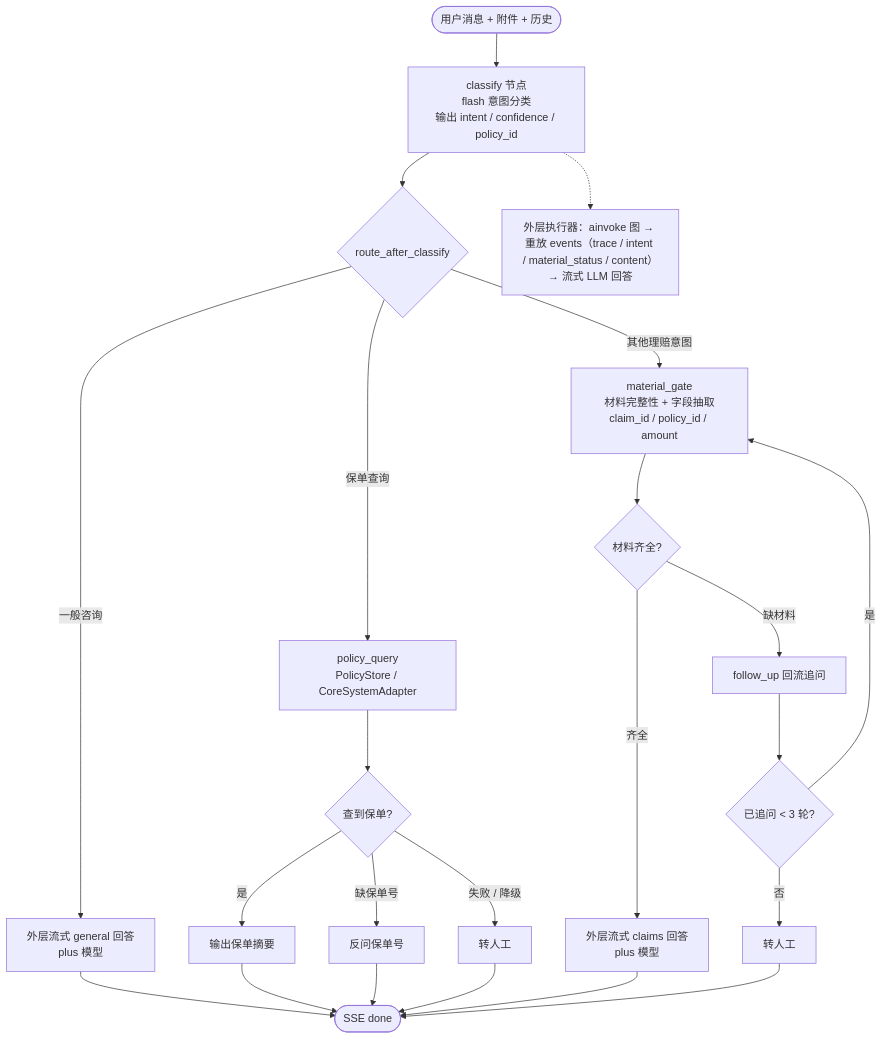
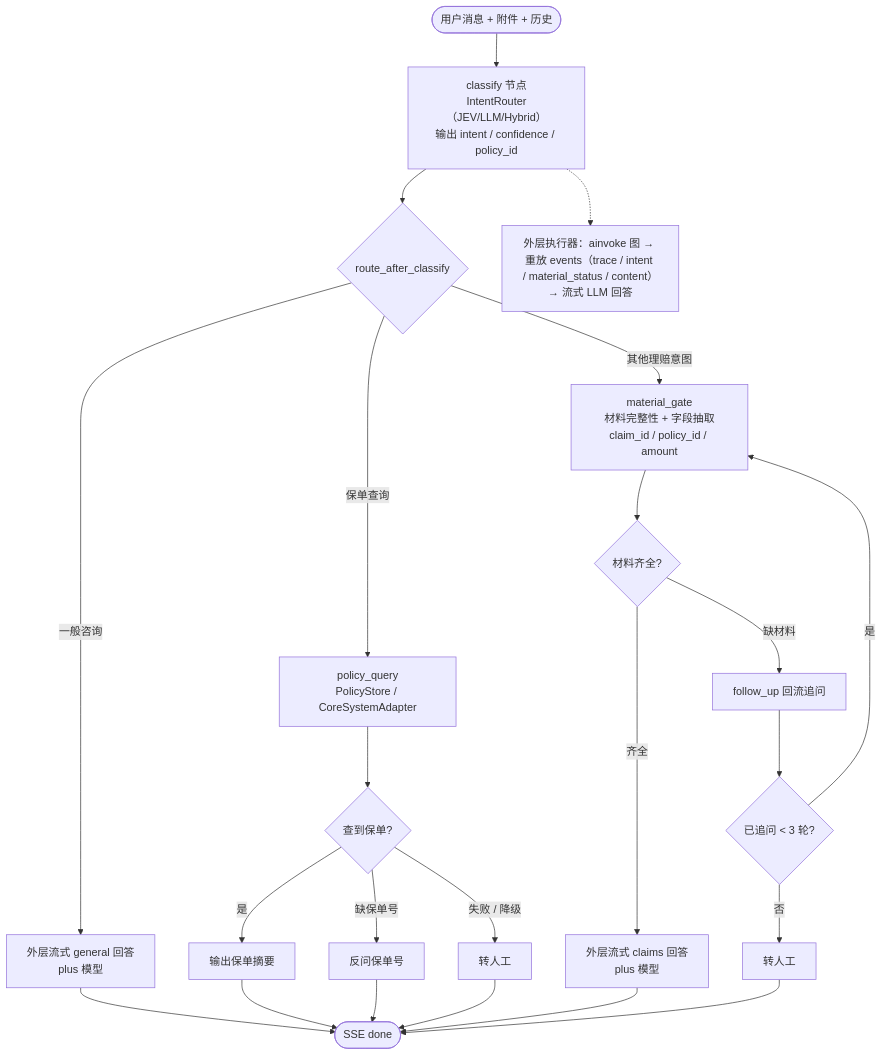
Before and after one commit to cs865546153/claims-ai-agent: the second of 7 diagrams in demos/完整链路图.md, drawn with Mermaid. The commit also changed other lines of this file and 15 other files, not shown here.

````diff
--- a/demos/完整链路图.md
+++ b/demos/完整链路图.md
@@ -171,31 +171,31 @@
 ```mermaid
 flowchart TB
-    START(["用户消息 + 附件 + 历史"]) --> CLS["classify 节点<br/>flash 意图分类<br/>输出 intent / confidence / policy_id"]
+    START(["用户消息 + 附件 + 历史"]) --> CLS["classify 节点<br/>IntentRouter（JEV/LLM/Hybrid）<br/>输出 intent / confidence / policy_id"]
     CLS --> ROUTE{"route_after_classify"}
 
     ROUTE -->|"一般咨询"| GEN["外层流式 general 回答<br/>plus 模型"]
     ROUTE -->|"保单查询"| PQ["policy_query<br/>PolicyStore / CoreSystemAdapter"]
     ROUTE -->|"其他理赔意图"| MG["material_gate<br/>材料完整性 + 字段抽取<br/>claim_id / policy_id / amount"]
 
     PQ --> PQ_OK{"查到保单?"}
     PQ_OK -->|"是"| PQS["输出保单摘要"]
     PQ_OK -->|"缺保单号"| ASK["反问保单号"]
     PQ_OK -->|"失败 / 降级"| HUMAN1["转人工"]
 
     MG --> MG_OK{"材料齐全?"}
     MG_OK -->|"齐全"| ANS["外层流式 claims 回答<br/>plus 模型"]
     MG_OK -->|"缺材料"| FU["follow_up 回流追问"]
     FU --> FU_CNT{"已追问 < 3 轮?"}
     FU_CNT -->|"是"| MG
     FU_CNT -->|"否"| HUMAN2["转人工"]
 
     GEN --> DONE(["SSE done"])
     PQS --> DONE
     ASK --> DONE
     ANS --> DONE
     HUMAN1 --> DONE
     HUMAN2 --> DONE
 
     note1["外层执行器：ainvoke 图 → 重放 events（trace / intent / material_status / content）→ 流式 LLM 回答"]
     CLS -.-> note1
 ```
````
